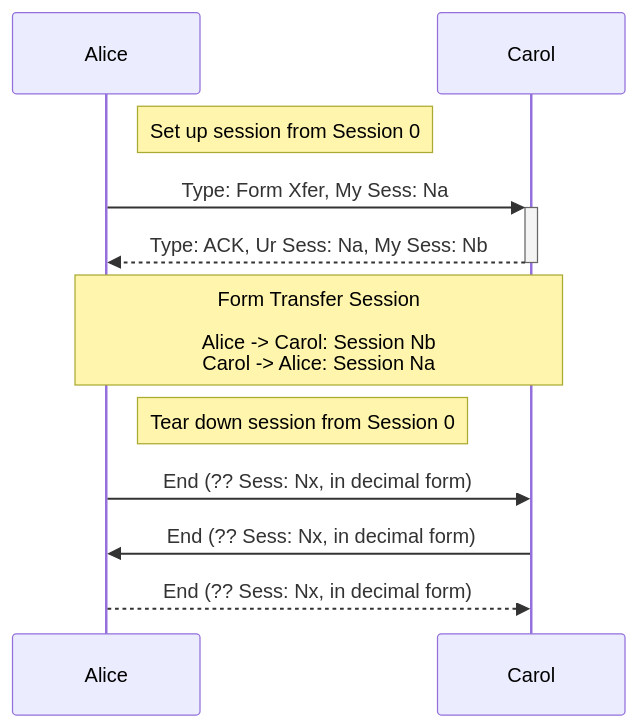
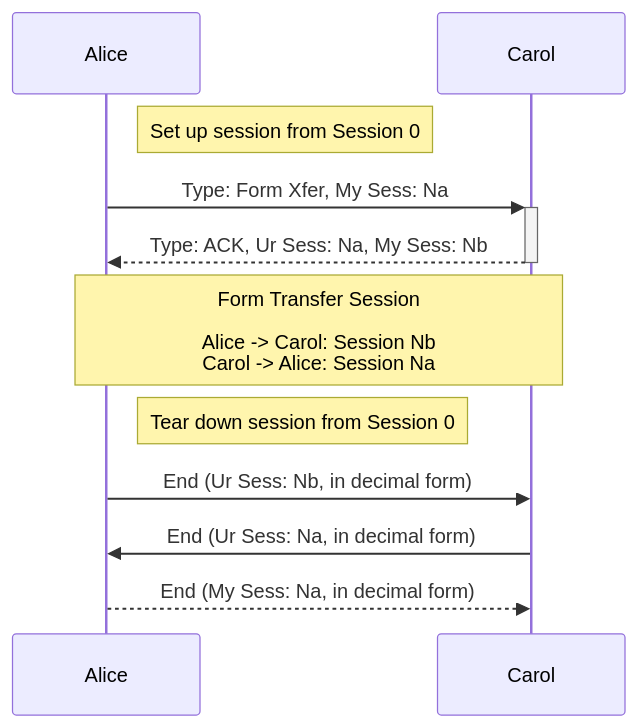
One commit to dscp46/dissectors changed the third of 3 diagrams in doc/ddt2.md. Above: the diagram before and after it, drawn with Mermaid.

````diff
--- a/doc/ddt2.md
+++ b/doc/ddt2.md
@@ -129,13 +129,13 @@
 ```mermaid
 sequenceDiagram
     note right of Alice: Set up session from Session 0
     Alice->>+Carol: Type: Form Xfer, My Sess: Na
     Carol-->>-Alice: Type: ACK, Ur Sess: Na, My Sess: Nb
 
     note over Alice,Carol: Form Transfer Session<br/><br/>Alice -> Carol: Session Nb<br/>Carol -> Alice: Session Na
 
     note right of Alice: Tear down session from Session 0
-    Alice->>Carol: End (?? Sess: Nx, in decimal form)
-    Carol->>Alice: End (?? Sess: Nx, in decimal form)
-    Alice-->>Carol: End (?? Sess: Nx, in decimal form)
+    Alice->>Carol: End (Ur Sess: Nb, in decimal form)
+    Carol->>Alice: End (Ur Sess: Na, in decimal form)
+    Alice-->>Carol: End (My Sess: Na, in decimal form)
 ```
````
